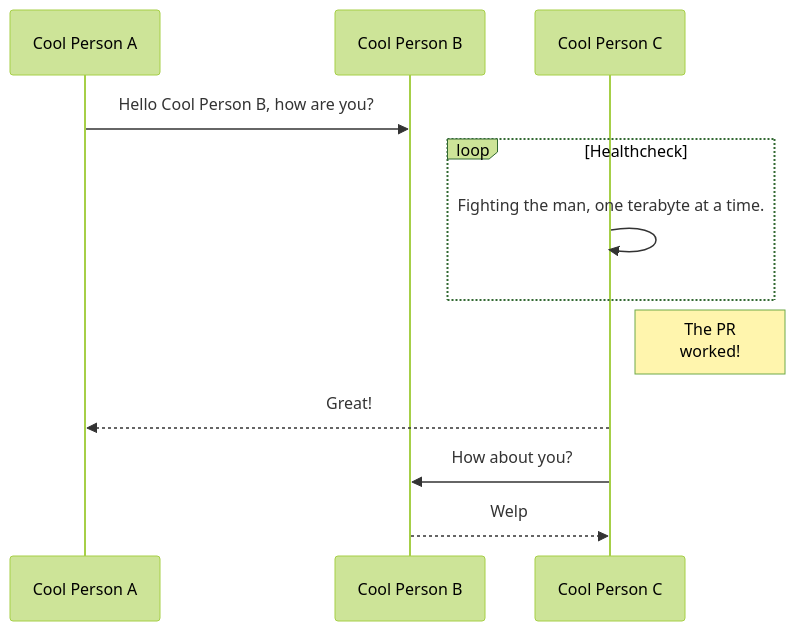
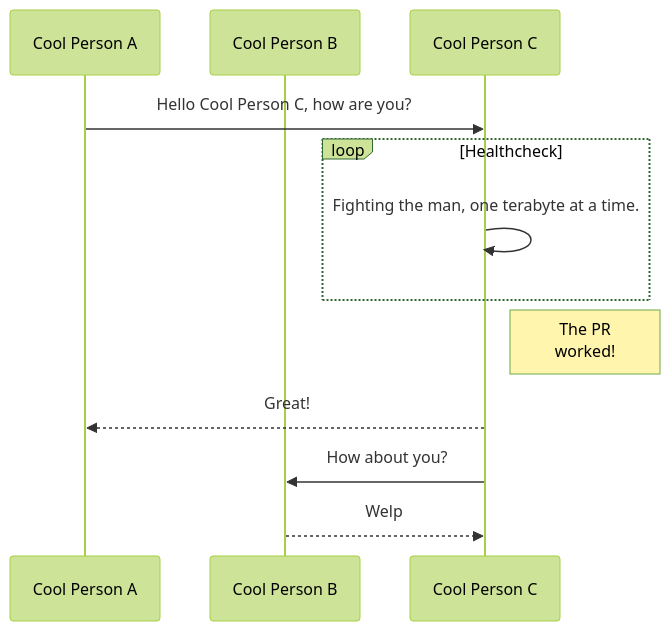
One commit to teraearlywine/teraearlywine changed the diagram in README.md. Above: the diagram before and after it, drawn with Mermaid (forest theme).

````diff
--- a/README.md
+++ b/README.md
@@ -20,13 +20,13 @@
 ```mermaid
 sequenceDiagram
     participant Cool Person A
     participant Cool Person B
-    Cool Person A->>Cool Person B: Hello Cool Person B, how are you?
+    Cool Person A->>Cool Person C: Hello Cool Person C, how are you?
     loop Healthcheck
         Cool Person C->>Cool Person C: Fighting the man, one terabyte at a time.
     end
     Note right of Cool Person C: The PR <br/>worked!
     Cool Person C-->>Cool Person A: Great!
     Cool Person C->>Cool Person B: How about you?
     Cool Person B-->>Cool Person C: Welp
 ```
````
